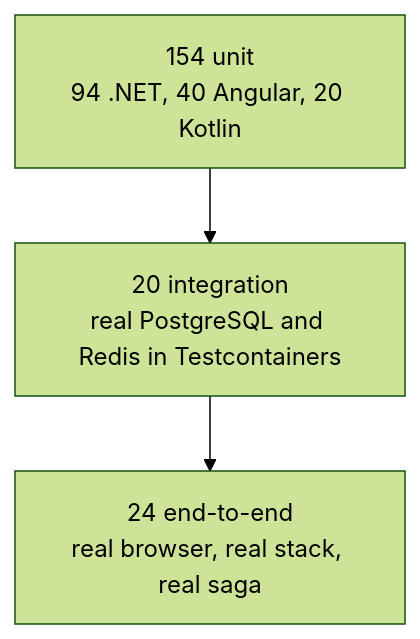
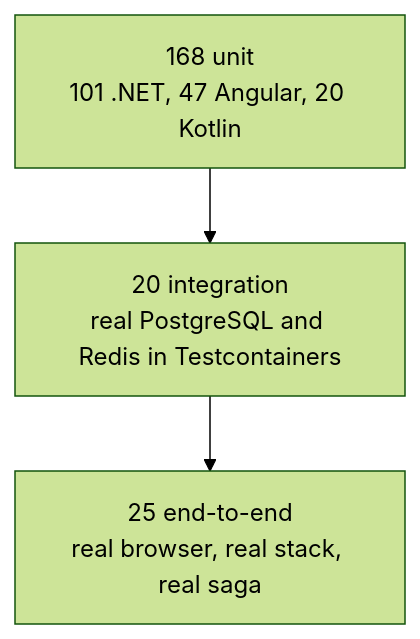
One commit to ahmedselimmansor-ctrl/full-stack-Angular-Asp.Net-commerce changed diagram 18 of 19 in README.md. Above: the diagram before and after it, drawn with Mermaid (forest theme). The commit also changed other lines of this file and 22 other files, not shown here.

````diff
--- a/README.md
+++ b/README.md
@@ -700,8 +703,8 @@
 ```mermaid
 flowchart TB
-    e2e["24 end-to-end<br/>real browser, real stack, real saga"]
+    e2e["25 end-to-end<br/>real browser, real stack, real saga"]
     int["20 integration<br/>real PostgreSQL and Redis in Testcontainers"]
-    unit["154 unit<br/>94 .NET, 40 Angular, 20 Kotlin"]
+    unit["168 unit<br/>101 .NET, 47 Angular, 20 Kotlin"]
 
     unit --> int --> e2e
 ```
````
